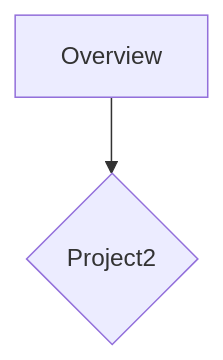
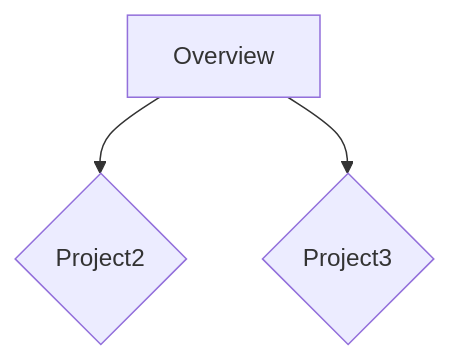
Before and after one commit to BeoVR6R/CMPG-323-Overview---27191532: the diagram in README.md, drawn with Mermaid.

````diff
--- a/README.md
+++ b/README.md
@@ -11,4 +11,5 @@
 ```mermaid
 flowchart TD
     A[Overview] --> B{Project2}
+	A[Overview] --> C{Project3}
 ```
````
